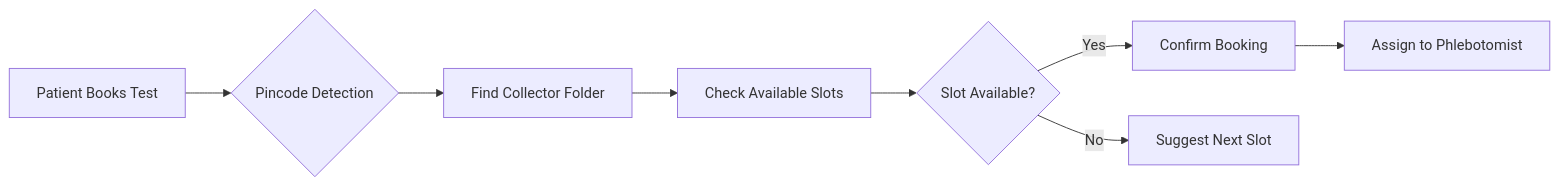
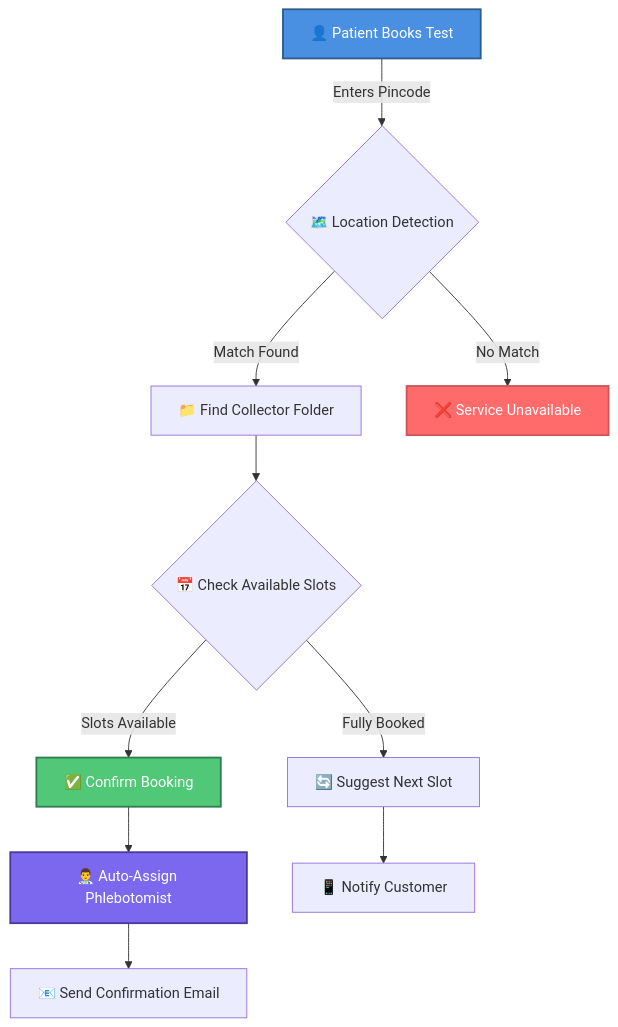
The diagram in README.md (ashiii2121/future), drawn with Mermaid before and after one commit. The commit also changed other lines of this file, not shown here.

````diff
--- a/README.md
+++ b/README.md
@@ -82,10 +181,17 @@
 ```mermaid
-graph LR
-    A[Patient Books Test] --> B{Pincode Detection}
-    B --> C[Find Collector Folder]
-    C --> D[Check Available Slots]
-    D --> E{Slot Available?}
-    E -->|Yes| F[Confirm Booking]
-    E -->|No| G[Suggest Next Slot]
-    F --> H[Assign to Phlebotomist]
+graph TB
+    A[👤 Patient Books Test] -->|Enters Pincode| B{🗺️ Location Detection}
+    B -->|Match Found| C[📁 Find Collector Folder]
+    B -->|No Match| D[❌ Service Unavailable]
+    C --> E{📅 Check Available Slots}
+    E -->|Slots Available| F[✅ Confirm Booking]
+    E -->|Fully Booked| G[🔄 Suggest Next Slot]
+    F --> H[👨‍⚕️ Auto-Assign Phlebotomist]
+    H --> I[📧 Send Confirmation Email]
+    G --> J[📱 Notify Customer]
+    
+    style A fill:#4A90E2,stroke:#2E5C8A,stroke-width:2px,color:#fff
+    style F fill:#50C878,stroke:#2E7D4E,stroke-width:2px,color:#fff
+    style H fill:#7B68EE,stroke:#4B3A9E,stroke-width:2px,color:#fff
+    style D fill:#FF6B6B,stroke:#CC5555,stroke-width:2px,color:#fff
 ```
````
